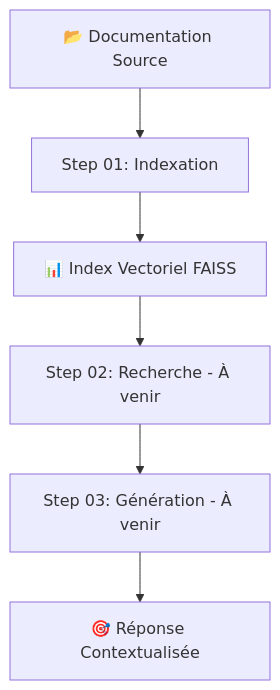
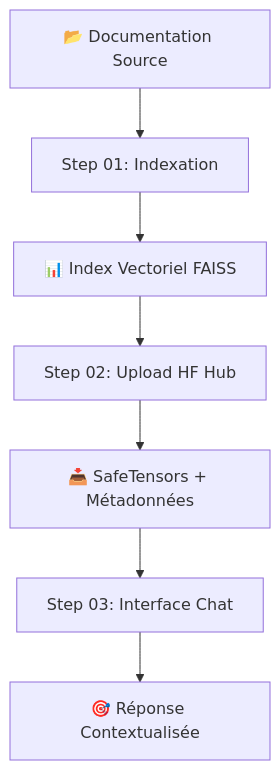
One commit to VincentGourbin/LocalRagModel changed the first of 4 diagrams in README.md. Above: the diagram before and after it, drawn with Mermaid. The commit also changed other lines of this file and 8 other files, not shown here.

````diff
--- a/README.md
+++ b/README.md
@@ -9,8 +9,9 @@
 ```mermaid
 graph TD
     A[📂 Documentation Source] --> B[Step 01: Indexation]
     B --> C[📊 Index Vectoriel FAISS]
-    C --> D[Step 02: Recherche - À venir]
-    D --> E[Step 03: Génération - À venir]
-    E --> F[🎯 Réponse Contextualisée]
+    C --> D[Step 02: Upload HF Hub]
+    D --> E[📥 SafeTensors + Métadonnées]
+    E --> F[Step 03: Interface Chat]
+    F --> G[🎯 Réponse Contextualisée]
 ```
````
